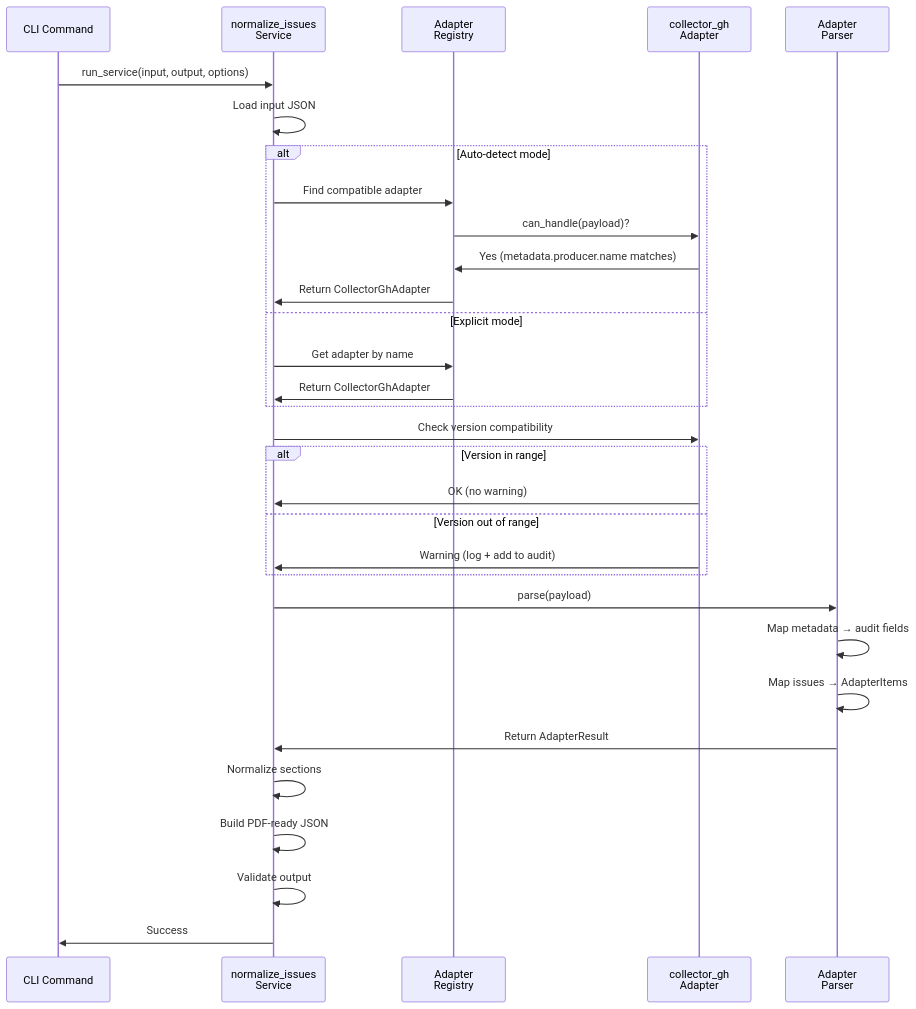
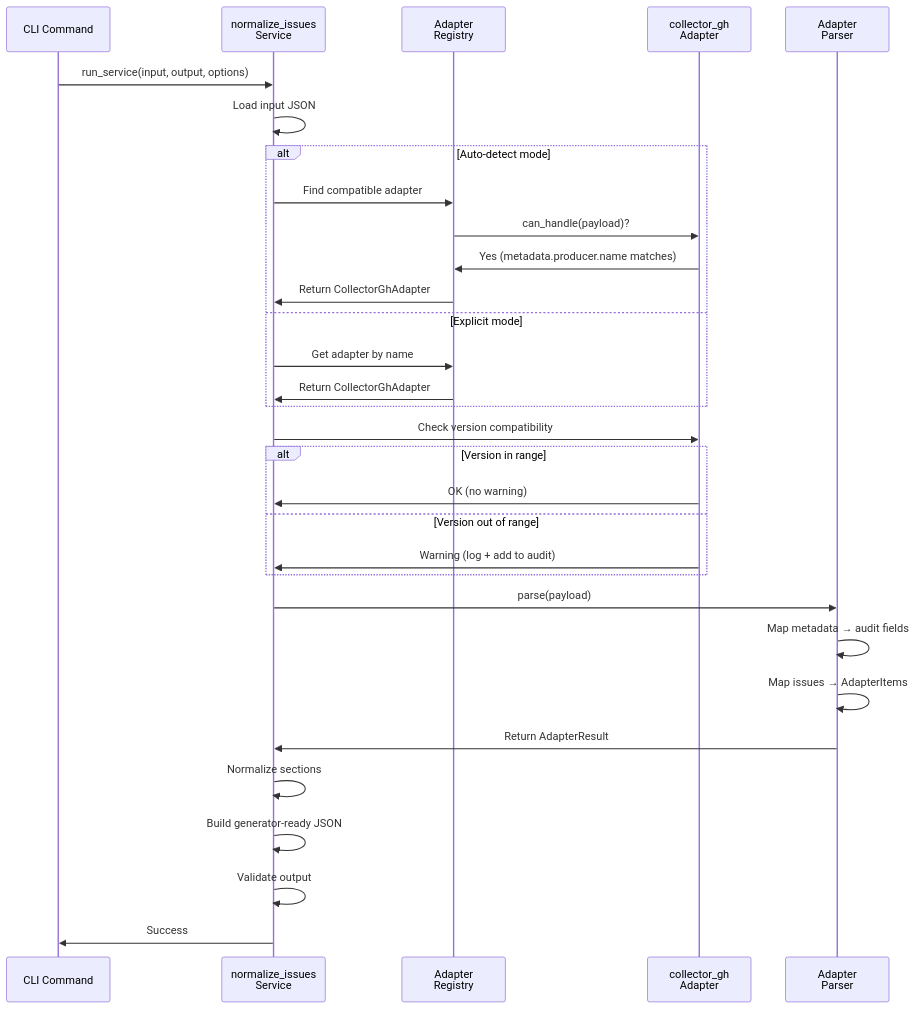
The seventh of 11 diagrams in docs/architecture.md (AbsaOSS/living-doc-toolkit), drawn with Mermaid before and after one commit. The commit also changed other lines of this file and 63 other files, not shown here.

First line of the commit message:
#60: Rename canonical artifact/schema/package to generator-ready (#66)

````diff
--- a/docs/architecture.md
+++ b/docs/architecture.md
@@ -334,39 +334,39 @@
 ```mermaid
 sequenceDiagram
     participant CLI as CLI Command
     participant Service as normalize_issues<br/>Service
     participant Registry as Adapter<br/>Registry
     participant Adapter as collector_gh<br/>Adapter
     participant Parser as Adapter<br/>Parser
     
     CLI->>Service: run_service(input, output, options)
     Service->>Service: Load input JSON
     
     alt Auto-detect mode
         Service->>Registry: Find compatible adapter
         Registry->>Adapter: can_handle(payload)?
         Adapter->>Registry: Yes (metadata.producer.name matches)
         Registry->>Service: Return CollectorGhAdapter
     else Explicit mode
         Service->>Registry: Get adapter by name
         Registry->>Service: Return CollectorGhAdapter
     end
     
     Service->>Adapter: Check version compatibility
     
     alt Version in range
         Adapter->>Service: OK (no warning)
     else Version out of range
         Adapter->>Service: Warning (log + add to audit)
     end
     
     Service->>Parser: parse(payload)
     Parser->>Parser: Map metadata → audit fields
     Parser->>Parser: Map issues → AdapterItems
     Parser->>Service: Return AdapterResult
     
     Service->>Service: Normalize sections
-    Service->>Service: Build PDF-ready JSON
+    Service->>Service: Build generator-ready JSON
     Service->>Service: Validate output
     Service->>CLI: Success
 ```
````
